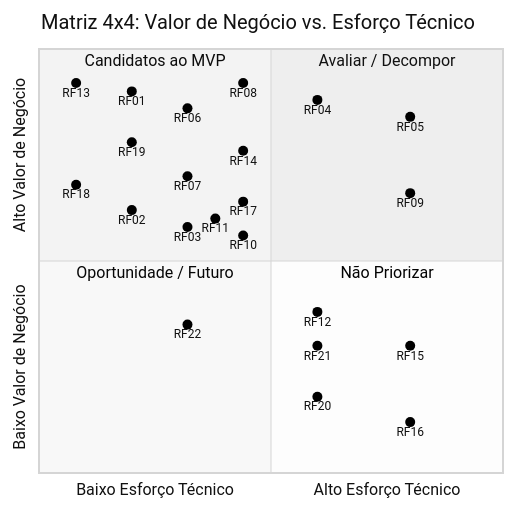
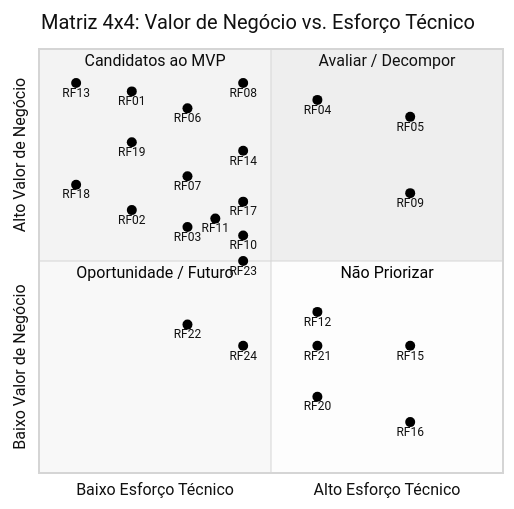
One commit to mdsreq-fga-unb/REQ-2026.2-T01-DUOC-Finance changed the third of 4 diagrams in docs/requisitos/priorizacao.md. Above: the diagram before and after it, drawn with Mermaid (neutral theme). The commit also changed other lines of this file and 1 other file, not shown here.

````diff
--- a/docs/requisitos/priorizacao.md
+++ b/docs/requisitos/priorizacao.md
@@ -235,32 +238,34 @@
 ```mermaid
 quadrantChart
     title Matriz 4x4: Valor de Negócio vs. Esforço Técnico
     x-axis "Baixo Esforço Técnico" --> "Alto Esforço Técnico"
     y-axis "Baixo Valor de Negócio" --> "Alto Valor de Negócio"
     quadrant-1 "Avaliar / Decompor"
     quadrant-2 "Candidatos ao MVP"
     quadrant-3 "Oportunidade / Futuro"
     quadrant-4 "Não Priorizar"
     "RF13" : [0.08, 0.92]
     "RF18": [0.08, 0.68]
     "RF01": [0.20, 0.90]
     "RF19": [0.20, 0.78]
     "RF02": [0.20, 0.62]
     "RF06": [0.32, 0.86]
     "RF07": [0.32, 0.70]
     "RF03": [0.32, 0.58]
     "RF08": [0.44, 0.92]
     "RF14": [0.44, 0.76]
     "RF17": [0.44, 0.64]
     "RF10": [0.44, 0.56]
     "RF11": [0.38, 0.60]
     "RF04": [0.60, 0.88]
     "RF05": [0.80, 0.84]
     "RF09": [0.80, 0.66]
     "RF22": [0.32, 0.35]
     "RF12": [0.60, 0.38]
     "RF21": [0.60, 0.30]
     "RF20": [0.60, 0.18]
     "RF15": [0.80, 0.30]
     "RF16": [0.80, 0.12]
+    "RF23": [0.44, 0.50]
+    "RF24": [0.44, 0.30]
 ```
````
